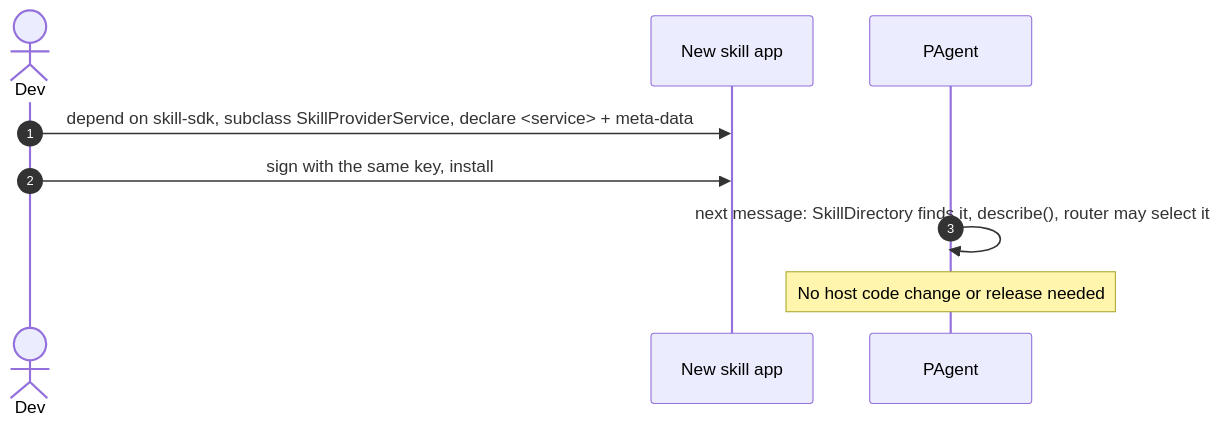
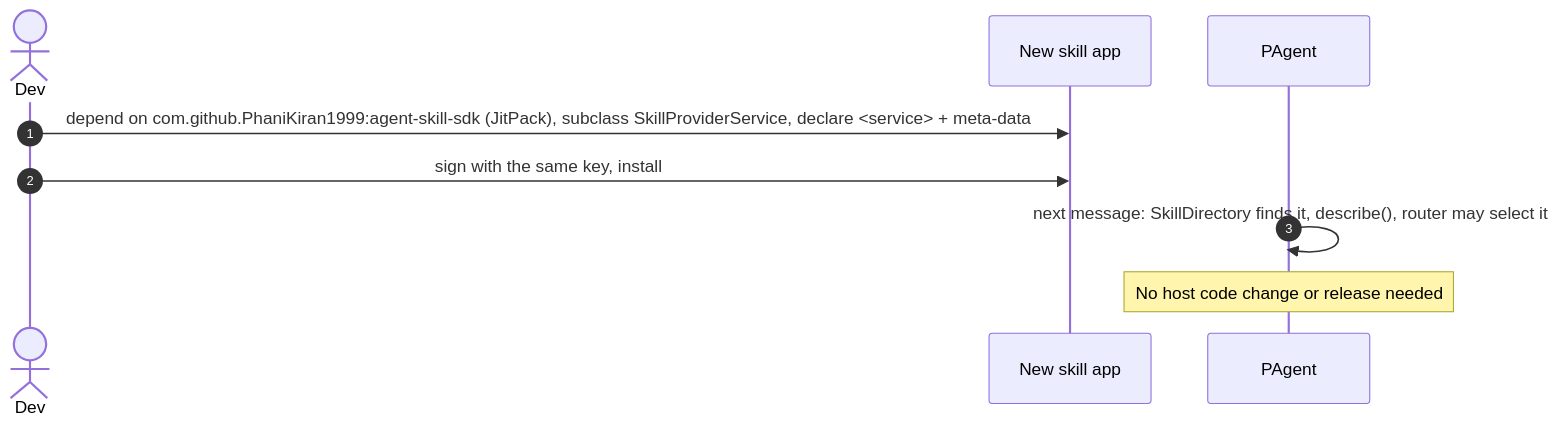
One commit to PhaniKiran1999/agent-skill-sdk changed the third of 4 diagrams in design-docs/sequence-flows.md. Above: the diagram before and after it, drawn with Mermaid. The commit also changed other lines of this file and 1 other file, not shown here.

Commit message:
Update design docs: artifact state across restarts, revisions, cloud models, JitPack

````diff
--- a/design-docs/sequence-flows.md
+++ b/design-docs/sequence-flows.md
@@ -70,12 +80,12 @@
 ```mermaid
 sequenceDiagram
     autonumber
     actor Dev
     participant App as New skill app
     participant Host as PAgent
 
-    Dev->>App: depend on skill-sdk, subclass SkillProviderService, declare <service> + meta-data
+    Dev->>App: depend on com.github.PhaniKiran1999:agent-skill-sdk (JitPack), subclass SkillProviderService, declare <service> + meta-data
     Dev->>App: sign with the same key, install
     Host->>Host: next message: SkillDirectory finds it, describe(), router may select it
     Note over Host: No host code change or release needed
 ```
````
